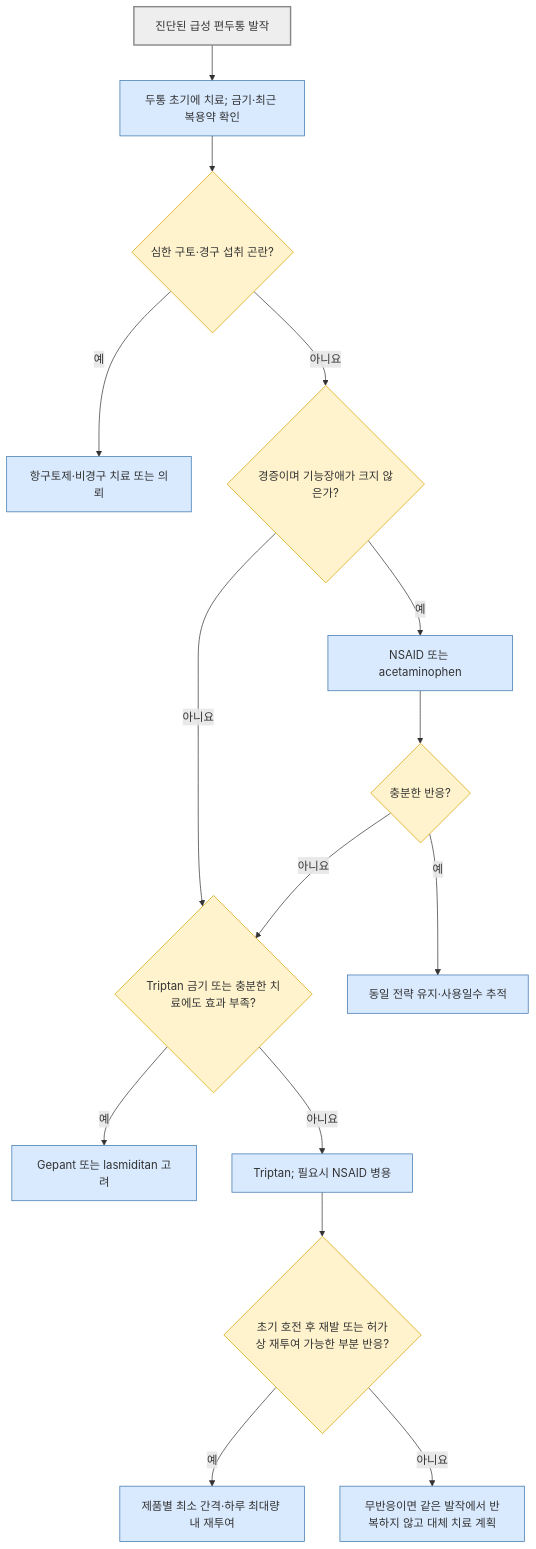
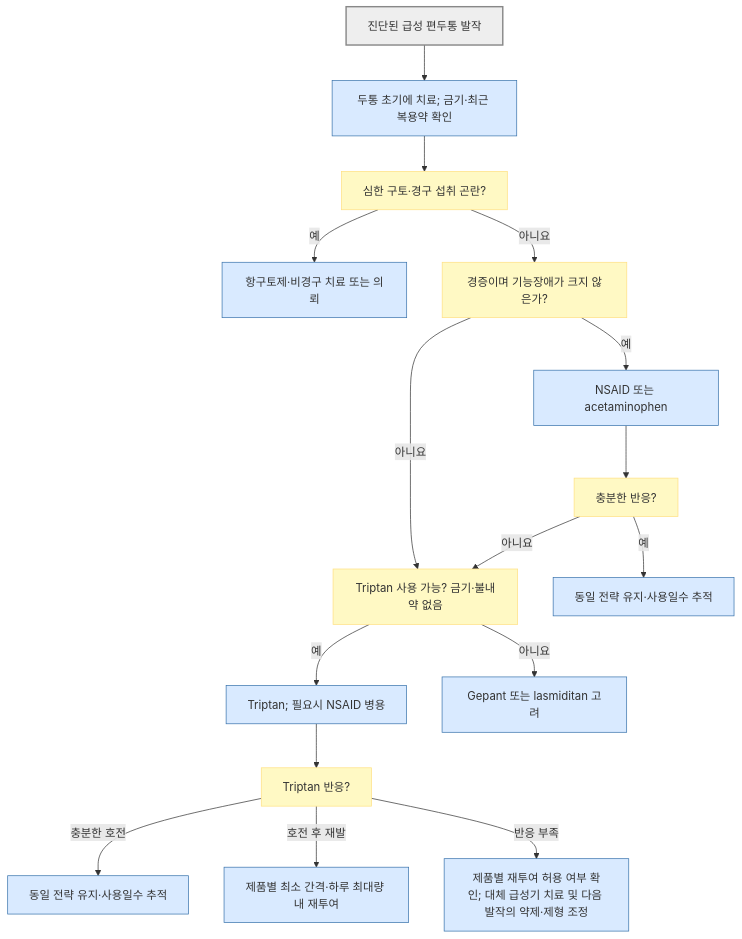
Before and after one commit to familyoh77/familyoh77: the second of 2 diagrams in 221_/016_-migraine.md, drawn with Mermaid. The commit also changed other lines of this file, not shown here.

````diff
--- a/221_/016_-migraine.md
+++ b/221_/016_-migraine.md
@@ -339,23 +348,23 @@
 ```mermaid
 flowchart TD
     A["진단된 급성 편두통 발작"] --> B["두통 초기에 치료; 금기·최근 복용약 확인"]
-    B --> C{"심한 구토·경구 섭취 곤란?"}
+    B --> C["심한 구토·경구 섭취 곤란?"]
     C -- "예" --> D["항구토제·비경구 치료 또는 의뢰"]
-    C -- "아니요" --> E{"경증이며 기능장애가 크지 않은가?"}
+    C -- "아니요" --> E["경증이며 기능장애가 크지 않은가?"]
     E -- "예" --> F["NSAID 또는 acetaminophen"]
-    E -- "아니요" --> G{"Triptan 금기 또는 충분한 치료에도 효과 부족?"}
-    F --> H{"충분한 반응?"}
+    E -- "아니요" --> G["Triptan 사용 가능? 금기·불내약 없음"]
+    F --> H["충분한 반응?"]
     H -- "예" --> I["동일 전략 유지·사용일수 추적"]
     H -- "아니요" --> G
-    G -- "예" --> J["Gepant 또는 lasmiditan 고려"]
-    G -- "아니요" --> K["Triptan; 필요시 NSAID 병용"]
-    K --> L{"초기 호전 후 재발 또는 허가상 재투여 가능한 부분 반응?"}
-    L -- "예" --> M["제품별 최소 간격·하루 최대량 내 재투여"]
-    L -- "아니요" --> N["무반응이면 같은 발작에서 반복하지 않고 대체 치료 계획"]
-    classDef start fill:#eee,stroke:#888,stroke-width:2px;
-    classDef decision fill:#fff3cd,stroke:#d6a400;
-    classDef care fill:#d9eaff,stroke:#3973ac;
-    class A start;
-    class C,E,G,H,L decision;
-    class B,D,F,I,J,K,M,N care;
+    G -- "예" --> K["Triptan; 필요시 NSAID 병용"]
+    G -- "아니요" --> J["Gepant 또는 lasmiditan 고려"]
+    K --> L["Triptan 반응?"]
+    L -- "충분한 호전" --> M["동일 전략 유지·사용일수 추적"]
+    L -- "호전 후 재발" --> N["제품별 최소 간격·하루 최대량 내 재투여"]
+    L -- "반응 부족" --> O["제품별 재투여 허용 여부 확인; 대체 급성기 치료 및 다음 발작의 약제·제형 조정"]
+    classDef question fill:#fff9c4,stroke:#ffe082
+    classDef care fill:#d9eaff,stroke:#3973ac
+    class C,E,G,H,L question
+    class B,D,F,I,J,K,M,N,O care
+    style A fill:#eeeeee,stroke:#888888,stroke-width:2px
 ```
````
